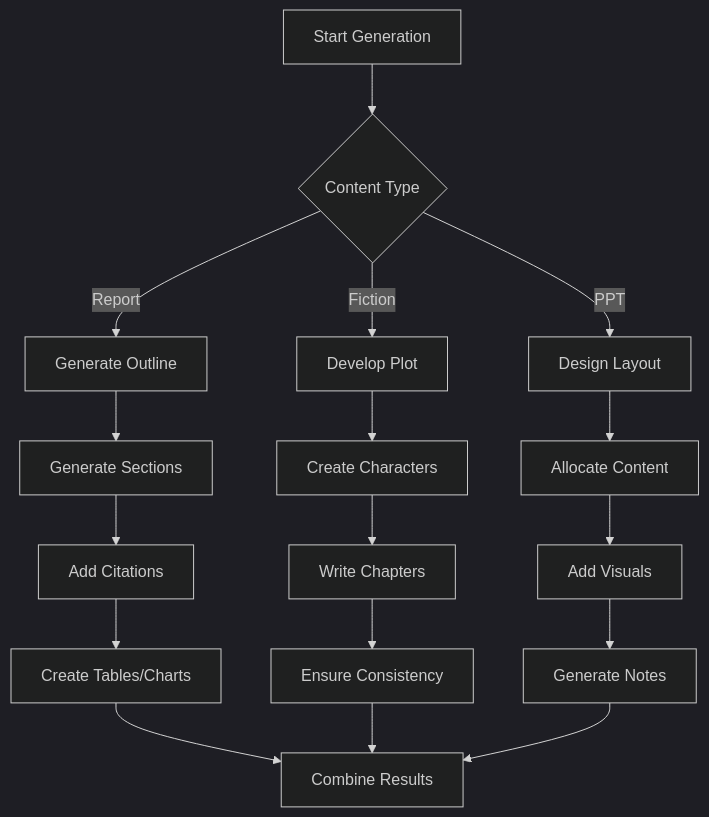
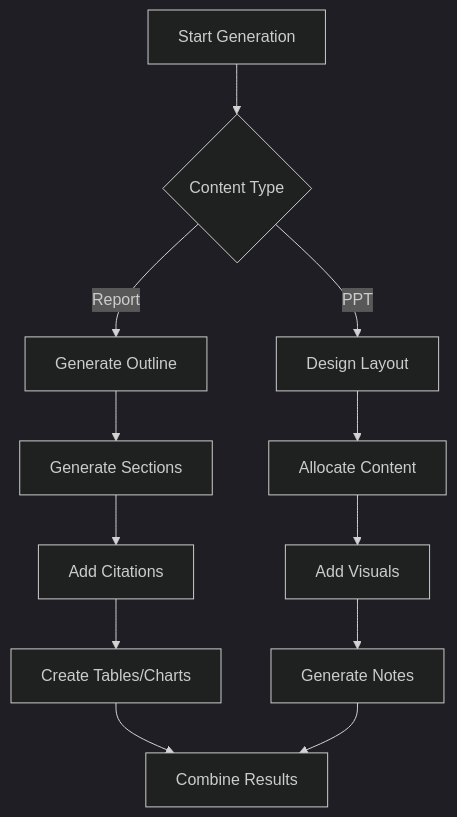
Before and after one commit to Iridescent0914/xunlong-pro: the fourth of 6 diagrams in docs/guide/workflow.md, drawn with Mermaid (dark theme). The commit also changed other lines of this file and 106 other files, not shown here.

````diff
--- a/docs/guide/workflow.md
+++ b/docs/guide/workflow.md
@@ -234,23 +211,17 @@
 ```mermaid
 graph TD
     A[Start Generation] --> B{Content Type}
     
     B -->|Report| C[Generate Outline]
     C --> D[Generate Sections]
     D --> E[Add Citations]
     E --> F[Create Tables/Charts]
     
-    B -->|Fiction| G[Develop Plot]
-    G --> H[Create Characters]
-    H --> I[Write Chapters]
-    I --> J[Ensure Consistency]
-    
     B -->|PPT| K[Design Layout]
     K --> L[Allocate Content]
     L --> M[Add Visuals]
     M --> N[Generate Notes]
     
     F --> O[Combine Results]
-    J --> O
     N --> O
 ```
````
